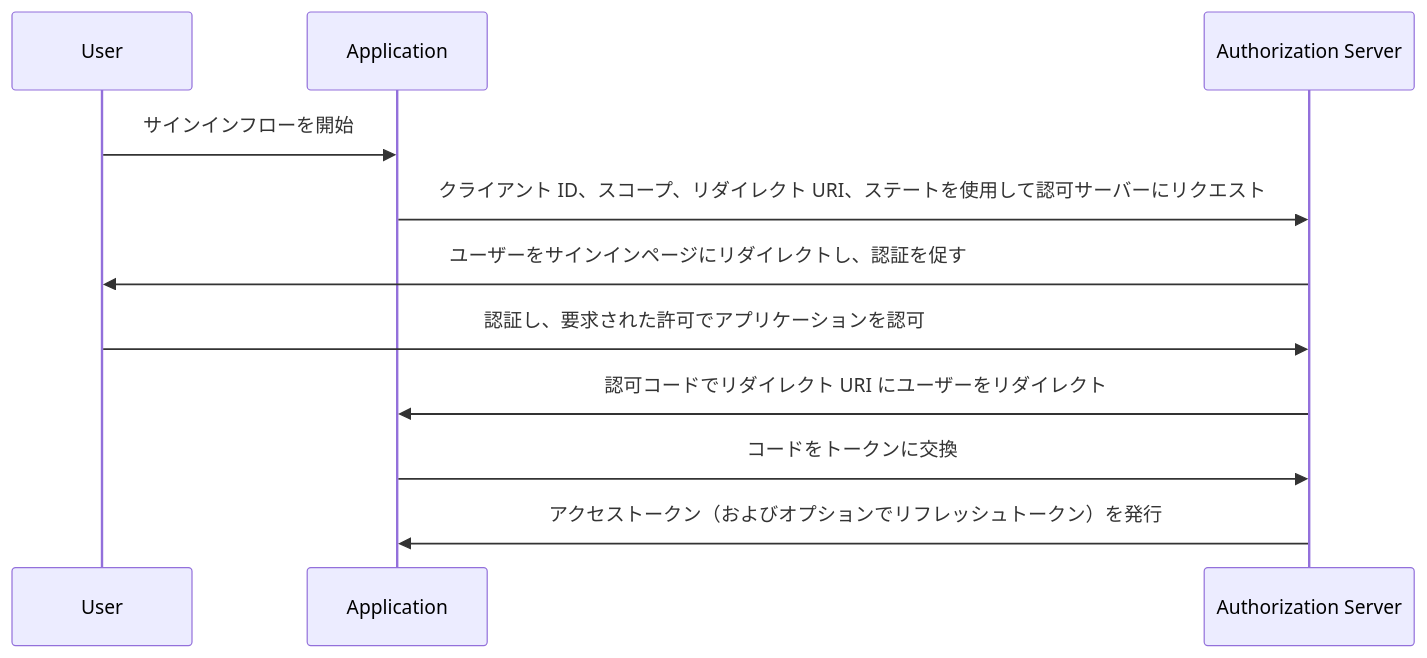
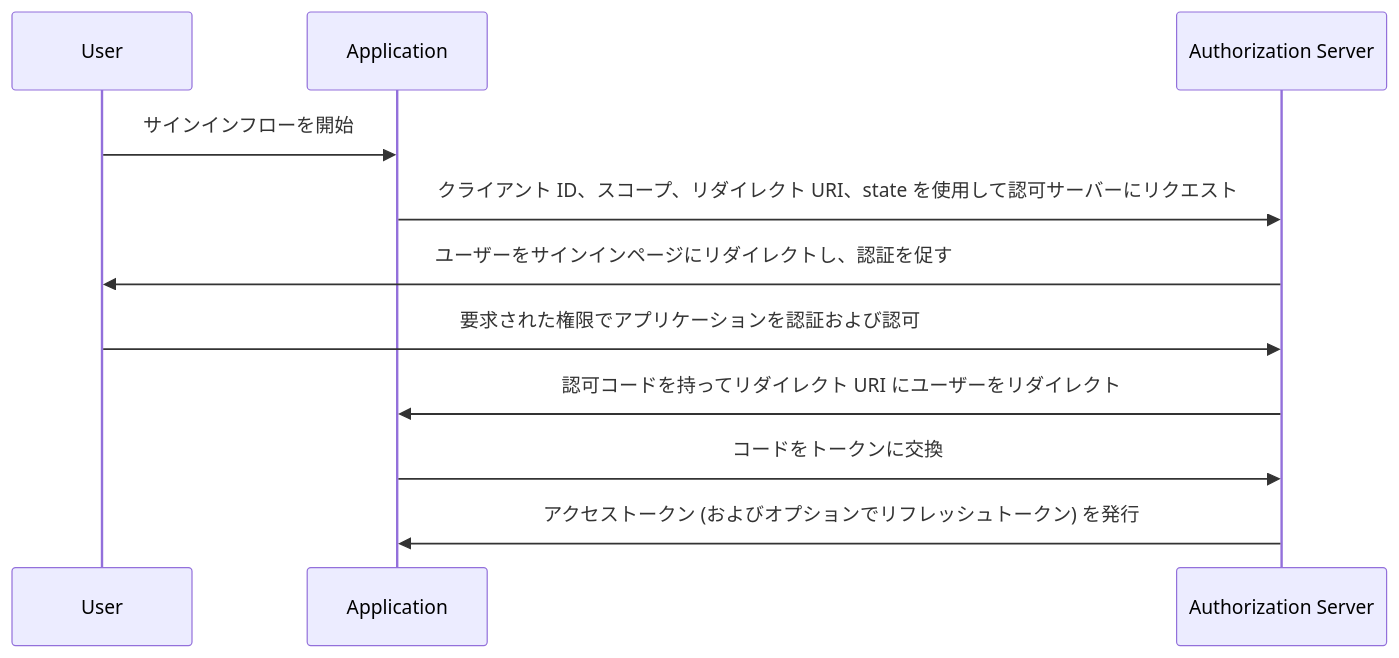
The diagram in src/content/terms/ja/authorization-code-flow.mdx (logto-io/auth-wiki), drawn with Mermaid before and after one commit. The commit also changed other lines of this file and 95 other files, not shown here.

````diff
--- a/src/content/terms/ja/authorization-code-flow.mdx
+++ b/src/content/terms/ja/authorization-code-flow.mdx
@@ -25,14 +27,14 @@
 ```mermaid
 sequenceDiagram
     participant User
     participant Application
     participant Authorization Server
 
     User->>Application: サインインフローを開始
-    Application->>Authorization Server: クライアント ID、スコープ、リダイレクト URI、ステートを使用して認可サーバーにリクエスト
+    Application->>Authorization Server: クライアント ID、スコープ、リダイレクト URI、state を使用して認可サーバーにリクエスト
     Authorization Server->>User: ユーザーをサインインページにリダイレクトし、認証を促す
-    User->>Authorization Server: 認証し、要求された許可でアプリケーションを認可
-    Authorization Server->>Application: 認可コードでリダイレクト URI にユーザーをリダイレクト
+    User->>Authorization Server: 要求された権限でアプリケーションを認証および認可
+    Authorization Server->>Application: 認可コードを持ってリダイレクト URI にユーザーをリダイレクト
     Application->>Authorization Server: コードをトークンに交換
-    Authorization Server->>Application: アクセストークン（およびオプションでリフレッシュトークン）を発行
+    Authorization Server->>Application: アクセストークン (およびオプションでリフレッシュトークン) を発行
 ```
````
